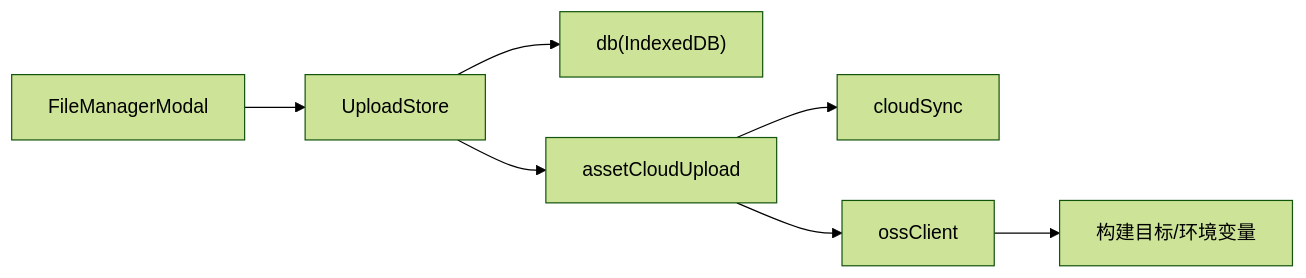
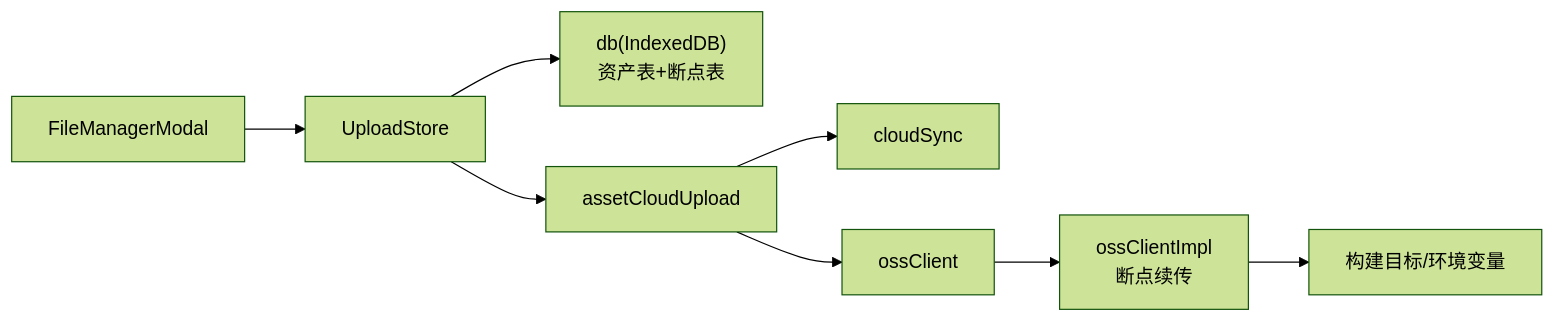
Before and after one commit to suqi-bot/SuQCanvas: the sixth of 6 diagrams in .qoder/repowiki/zh/content/状态管理系统/上传状态管理 (UploadStore).md, drawn with Mermaid (forest theme). The commit also changed other lines of this file and 10 other files, not shown here.

````diff
--- a/.qoder/repowiki/zh/content/状态管理系统/上传状态管理 (UploadStore).md
+++ b/.qoder/repowiki/zh/content/状态管理系统/上传状态管理 (UploadStore).md
@@ -263,9 +326,10 @@
 ```mermaid
 graph LR
 FM["FileManagerModal"] --> US["UploadStore"]
-US --> DB["db(IndexedDB)"]
+US --> DB["db(IndexedDB)<br/>资产表+断点表"]
 US --> ACU["assetCloudUpload"]
 ACU --> CS["cloudSync"]
 ACU --> OC["ossClient"]
-OC --> ENV["构建目标/环境变量"]
+OC --> OCI["ossClientImpl<br/>断点续传"]
+OCI --> ENV["构建目标/环境变量"]
 ```
````
